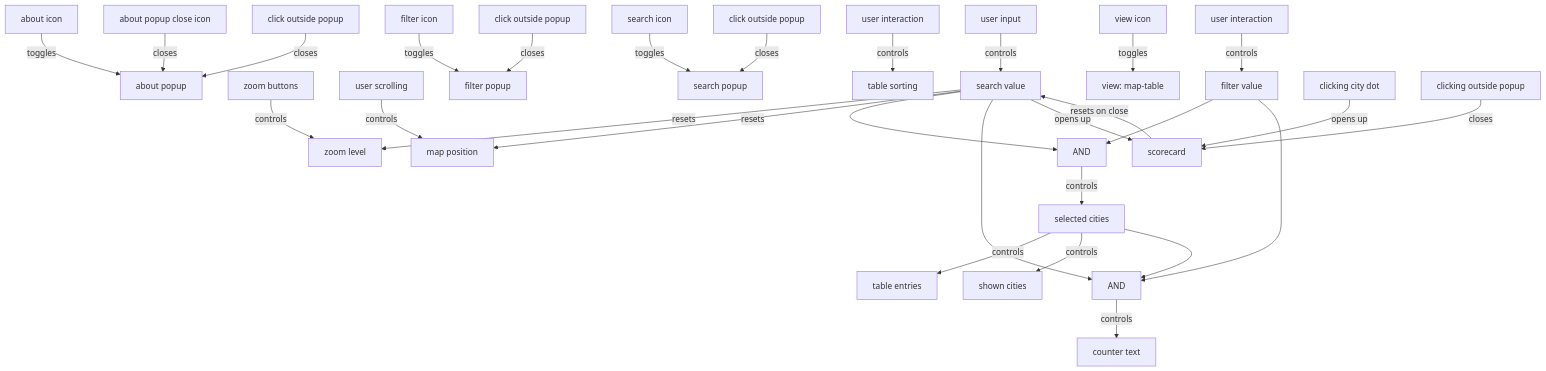
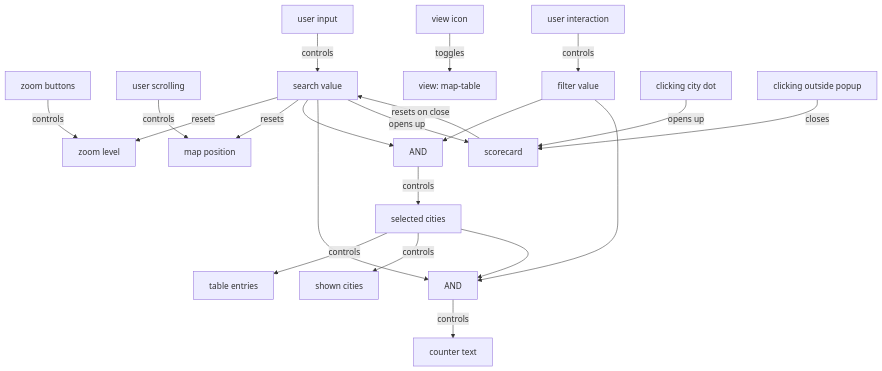
The diagram in README.md (ParkingReformNetwork/reform-map), drawn with Mermaid before and after one commit. The commit also changed other lines of this file, not shown here.

Commit message:
Simplify state diagram (#963)
Remove self-contained popups, which add noise to the diagram.

````diff
--- a/README.md
+++ b/README.md
@@ -155,28 +155,12 @@
 ```mermaid
 graph TD
-    A[about icon]
-    B[about popup]
-    C[about popup close icon]
-    D[click outside popup]
-
     E[zoom buttons]
     F[zoom level]
 
     G[map position]
     H[user scrolling]
 
-    K[filter popup]
-    L[filter icon]
-    M[click outside popup]
-
-    N[search popup]
-    O[search icon]
-    P[click outside popup]
-
     Q[table entries]
-
-    R[table sorting]
-    S[user interaction]
 
     T[counter text]
     AE[AND]
@@ -201,18 +185,6 @@
 
     %% Relationships
     Z -->|toggles| AA
-
-    S -->|controls| R
-
-    A -->|toggles| B
-    C -->|closes| B
-    D -->|closes| B
-
-    L -->|toggles| K
-    M -->|closes| K
-
-    O -->|toggles| N
-    P -->|closes| N
 
     E -->|controls| F
     X -->|resets| F
````
